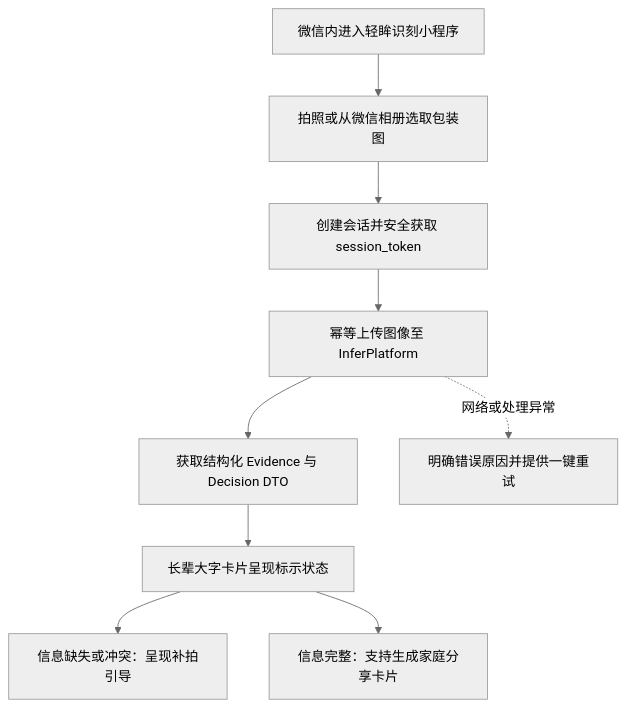
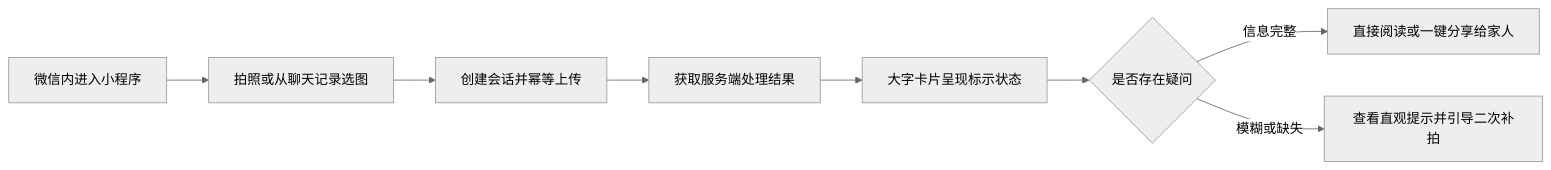
The diagram in README.md (QingMouFoodDate/WxClient), drawn with Mermaid (neutral theme) before and after one commit. The commit also changed other lines of this file, not shown here.

````diff
--- a/README.md
+++ b/README.md
@@ -38,11 +50,10 @@
 ```mermaid
-flowchart TD
-    A["微信内进入轻眸识刻小程序"] --> B["拍照或从微信相册选取包装图"]
-    B --> C["创建会话并安全获取 session_token"]
-    C --> D["幂等上传图像至 InferPlatform"]
-    D --> E["获取结构化 Evidence 与 Decision DTO"]
-    E --> F["长辈大字卡片呈现标示状态"]
-    F --> G["信息缺失或冲突：呈现补拍引导"]
-    F --> H["信息完整：支持生成家庭分享卡片"]
-    D -.网络或处理异常.-> I["明确错误原因并提供一键重试"]
+flowchart LR
+    A["微信内进入小程序"] --> B["拍照或从聊天记录选图"]
+    B --> C["创建会话并幂等上传"]
+    C --> D["获取服务端处理结果"]
+    D --> E["大字卡片呈现标示状态"]
+    E --> F{"是否存在疑问"}
+    F -->|信息完整| G["直接阅读或一键分享给家人"]
+    F -->|模糊或缺失| H["查看直观提示并引导二次补拍"]
 ```
````
